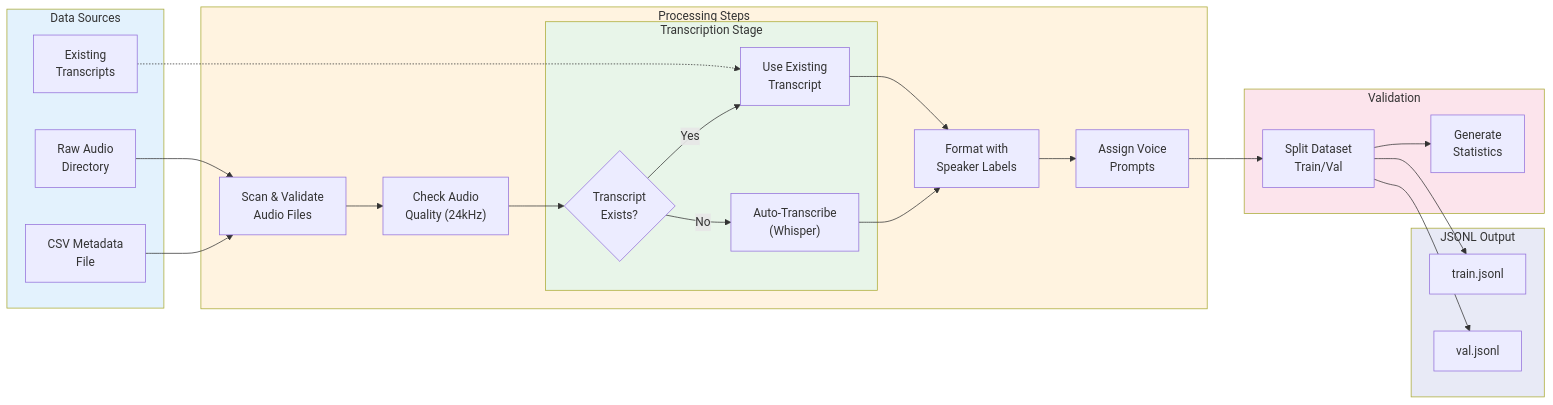
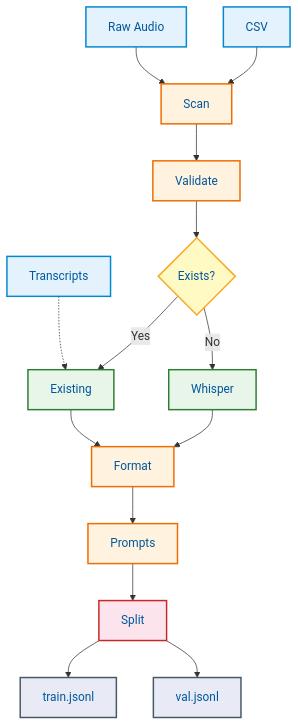
Before and after one commit to sruckh/VibeVoice-finetune-easy: the diagram in docs/diagrams/dataset-pipeline.mmd, drawn with Mermaid. The commit also changed 5 other files, not shown here.

First line of the commit message:
fix: optimize README diagrams for better display

```diff
--- a/docs/diagrams/dataset-pipeline.mmd
+++ b/docs/diagrams/dataset-pipeline.mmd
@@ -1,52 +1,35 @@
 %% Dataset Preparation Pipeline
-%% Date: 2026-02-03
+%% Date: 2026-02-12
 
-flowchart LR
-    subgraph Sources["Data Sources"]
-        S1["Raw Audio<br/>Directory"]
-        S2["CSV Metadata<br/>File"]
-        S3["Existing<br/>Transcripts"]
-    end
-    
-    subgraph Processing["Processing Steps"]
-        P1["Scan & Validate<br/>Audio Files"]
-        P2["Check Audio<br/>Quality (24kHz)"]
-        
-        subgraph Transcription["Transcription Stage"]
-            T1{"Transcript<br/>Exists?"}
-            T2["Use Existing<br/>Transcript"]
-            T3["Auto-Transcribe<br/>(Whisper)"]
-        end
-        
-        P3["Format with<br/>Speaker Labels"]
-        P4["Assign Voice<br/>Prompts"]
-    end
-    
-    subgraph Validation["Validation"]
-        V1["Split Dataset<br/>Train/Val"]
-        V2["Generate<br/>Statistics"]
-    end
-    
-    subgraph Output["JSONL Output"]
-        O1["train.jsonl"]
-        O2["val.jsonl"]
-    end
-    
+flowchart TB
+    classDef default fill:#e1f5fe,stroke:#0288d1,stroke-width:2px,color:#01579b
+    classDef source fill:#e3f2fd,stroke:#0288d1,stroke-width:2px,color:#01579b
+    classDef process fill:#fff3e0,stroke:#ef6c00,stroke-width:2px,color:#01579b
+    classDef decision fill:#fff9c4,stroke:#f9a825,stroke-width:2px,color:#01579b
+    classDef trans fill:#e8f5e9,stroke:#2e7d32,stroke-width:2px,color:#01579b
+    classDef valid fill:#fce4ec,stroke:#c62828,stroke-width:2px,color:#01579b
+    classDef output fill:#e8eaf6,stroke:#455a64,stroke-width:2px,color:#01579b
+
+    S1["Raw Audio"]:::source
+    S2["CSV"]:::source
+    S3["Transcripts"]:::source
+    P1["Scan"]:::process
+    P2["Validate"]:::process
+    T1{"Exists?"}:::decision
+    T2["Existing"]:::trans
+    T3["Whisper"]:::trans
+    P3["Format"]:::process
+    P4["Prompts"]:::process
+    V1["Split"]:::valid
+    O1["train.jsonl"]:::output
+    O2["val.jsonl"]:::output
+
     S1 --> P1
     S2 --> P1
     S3 -.-> T2
-    
     P1 --> P2 --> T1
     T1 -->|Yes| T2
     T1 -->|No| T3
     T2 & T3 --> P3 --> P4 --> V1
-    
-    V1 --> V2
     V1 --> O1
     V1 --> O2
-    
-    style Sources fill:#e3f2fd
-    style Processing fill:#fff3e0
-    style Transcription fill:#e8f5e9
-    style Validation fill:#fce4ec
-    style Output fill:#e8eaf6
```
